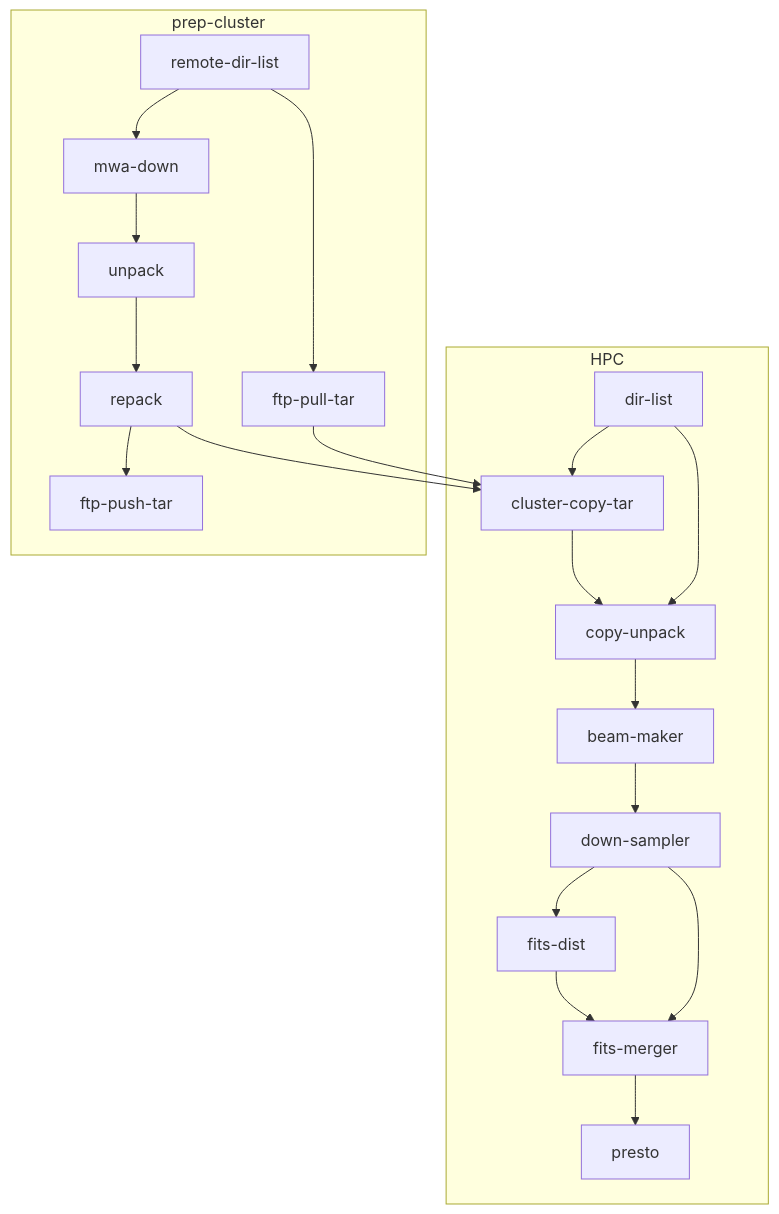
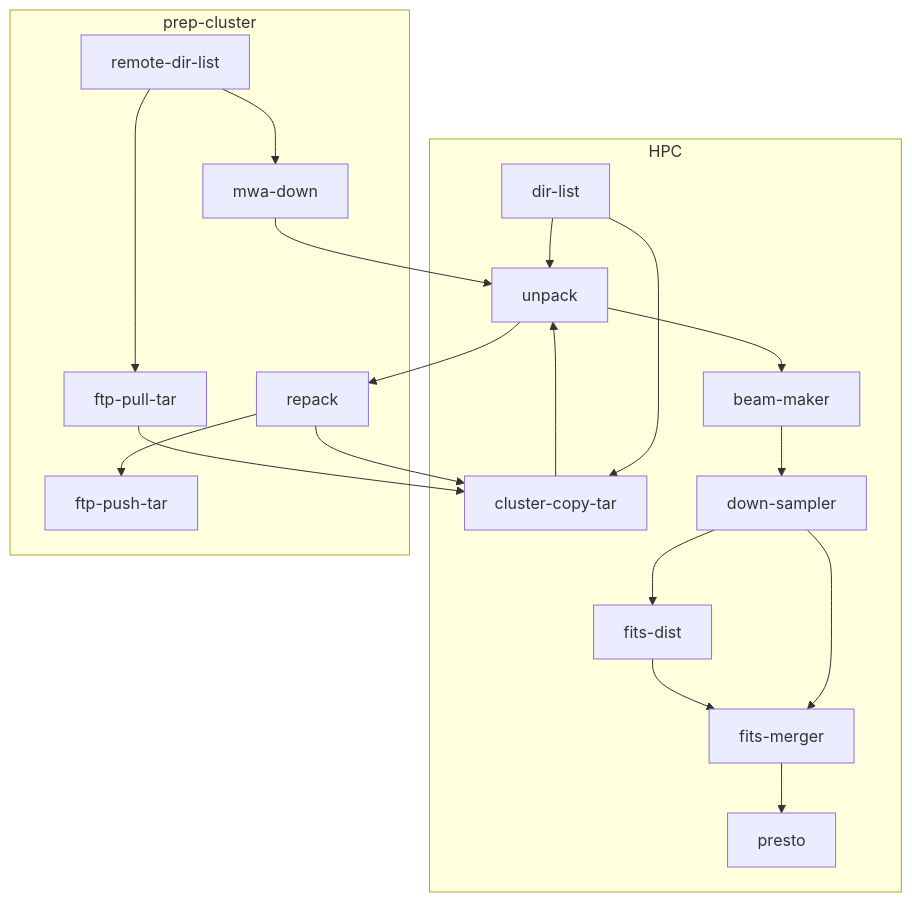
Before and after one commit to kaichao/app-mwa: the fourth of 4 diagrams in README.md, drawn with Mermaid. The commit also changed other lines of this file and 17 other files, not shown here.

Commit message:
rename copy-unpack to unpack.

````diff
--- a/README.md
+++ b/README.md
@@ -249,39 +249,39 @@
 ```mermaid
 
 flowchart TD
   remote-dir-list --> mwa-down
   mwa-down --> unpack
   unpack --> repack
   repack --> ftp-push-tar
   repack --> cluster-copy-tar
   remote-dir-list --> ftp-pull-tar
   ftp-pull-tar --> cluster-copy-tar
   dir-list --> cluster-copy-tar
-  dir-list --> copy-unpack
-  cluster-copy-tar --> copy-unpack
-  copy-unpack --> beam-maker
+  dir-list --> unpack
+  cluster-copy-tar --> unpack
+  unpack --> beam-maker
   beam-maker --> down-sampler
   down-sampler --> fits-dist
   down-sampler --> fits-merger
   fits-dist --> fits-merger
   fits-merger --> presto
   subgraph HPC
     dir-list
     cluster-copy-tar
-    copy-unpack
+    unpack
     beam-maker
     down-sampler
     fits-dist
     fits-merger
     presto
   end
   subgraph prep-cluster
     remote-dir-list
     ftp-pull-tar
     mwa-down
     unpack
     repack
     ftp-push-tar
   end
 
 ```
````
